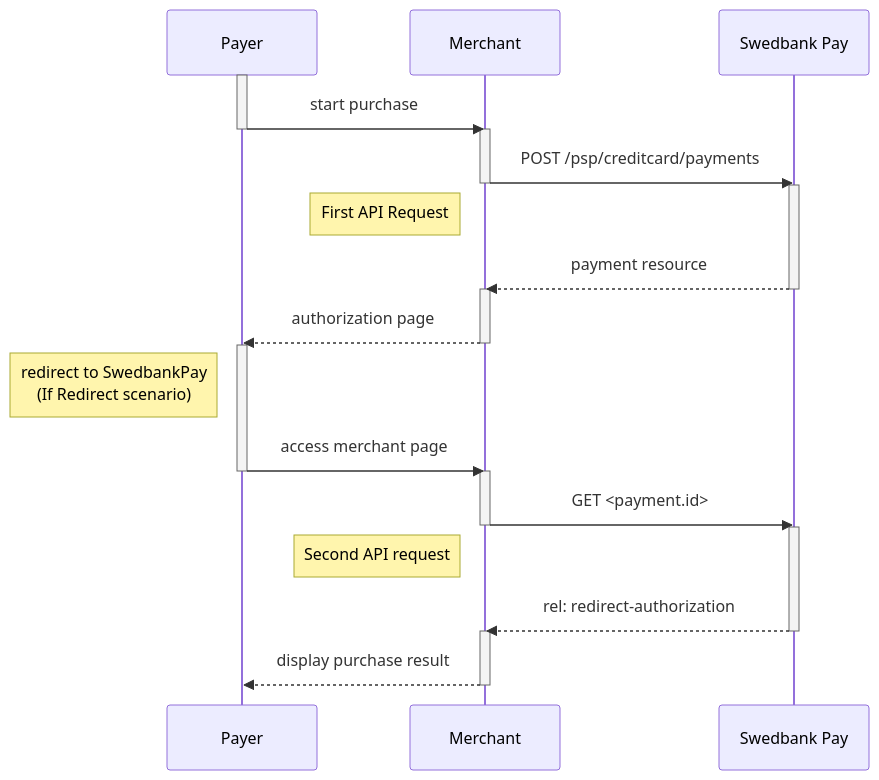
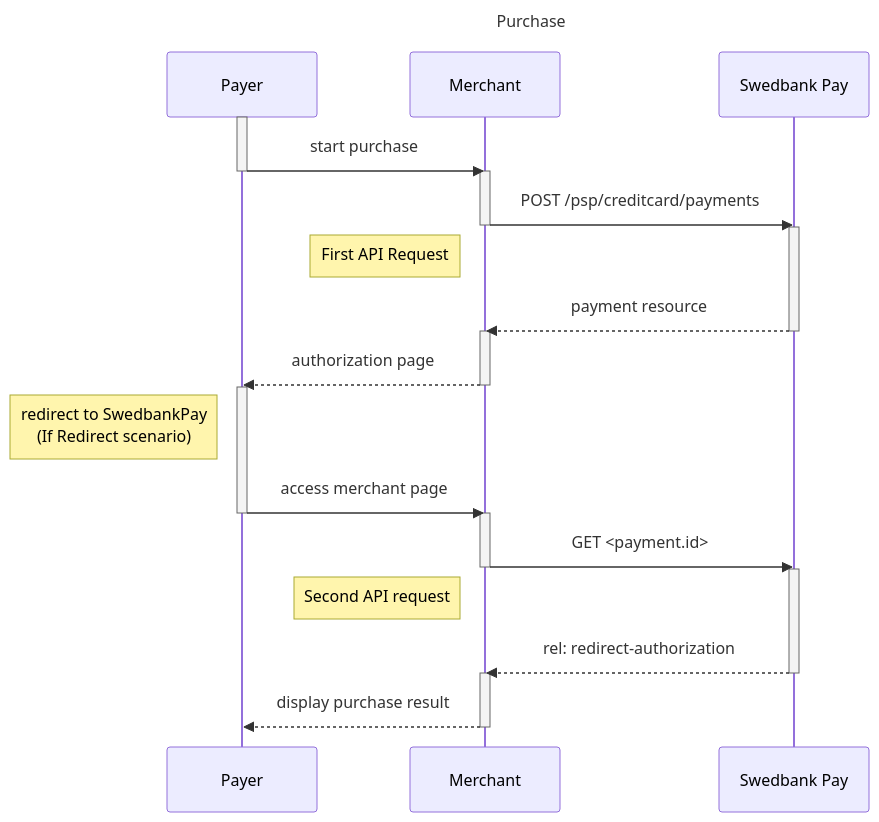
The first of 2 diagrams in old-implementations/payment-instruments-v1/card/index.md (SwedbankPay/developer.swedbankpay.com), drawn with Mermaid before and after one commit. The commit also changed other lines of this file and 66 other files, not shown here.

Commit message:
Added titles in sequence diagrams

````diff
--- a/old-implementations/payment-instruments-v1/card/index.md
+++ b/old-implementations/payment-instruments-v1/card/index.md
@@ -97,27 +97,28 @@
 ```mermaid
 sequenceDiagram
+title: Purchase
     participant Payer
     participant Merchant
     participant SwedbankPay as Swedbank Pay
 
     activate Payer
     Payer->>-Merchant: start purchase
     activate Merchant
     Merchant->>-SwedbankPay: POST /psp/creditcard/payments
     activate SwedbankPay
     note left of Merchant: First API Request
     SwedbankPay-->>-Merchant: payment resource
     activate Merchant
     Merchant-->>-Payer: authorization page
     activate Payer
     note left of Payer: redirect to SwedbankPay<br>(If Redirect scenario)
     Payer->>-Merchant: access merchant page
     activate Merchant
     Merchant->>-SwedbankPay: GET <payment.id>
     activate SwedbankPay
     note left of Merchant: Second API request
     SwedbankPay-->>-Merchant: rel: redirect-authorization
     activate Merchant
     Merchant-->>-Payer: display purchase result
     activate Payer
 ```
````
